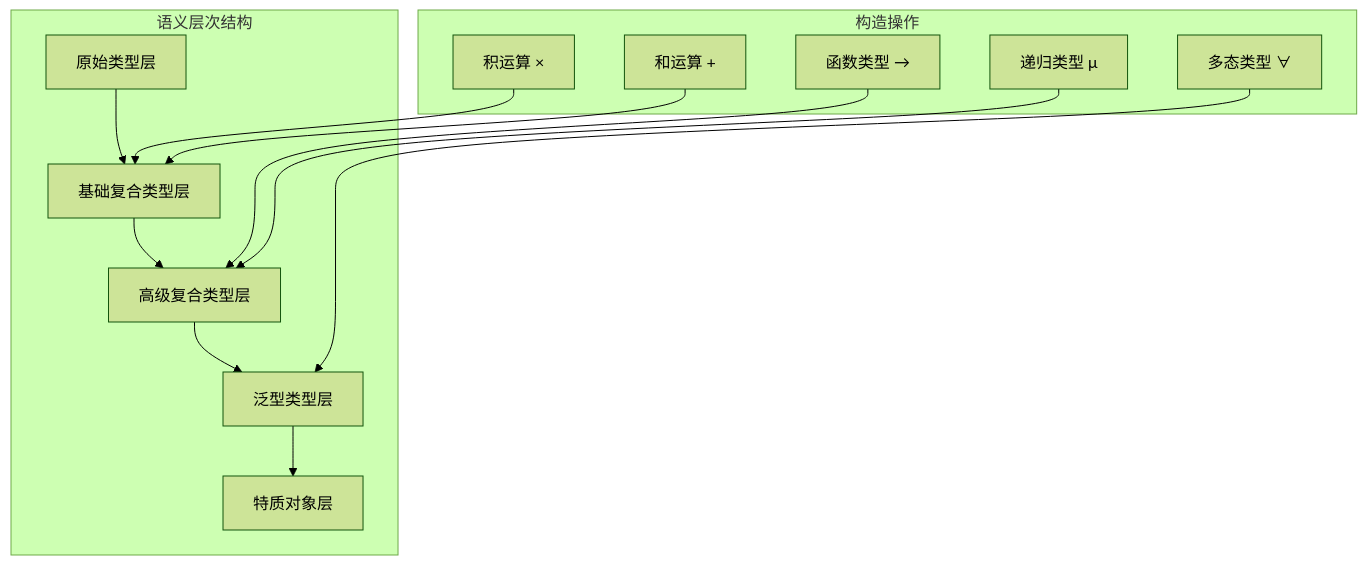
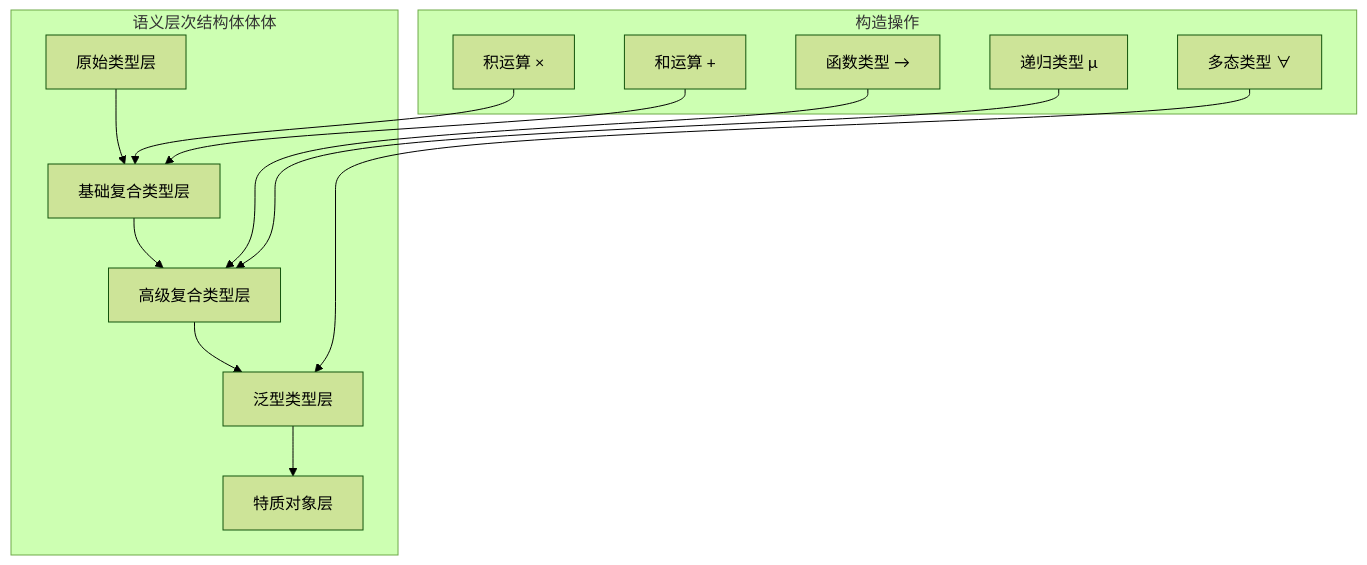
The first of 4 diagrams in formal_rust/refactor/01_core_theory/01_foundation_semantics/01_type_system_semantics/02_composite_types_semantics.md (martin-ly/rust-lang), drawn with Mermaid (forest theme) before and after one commit. The commit also changed other lines of this file and 5740 other files, not shown here.

````diff
--- a/formal_rust/refactor/01_core_theory/01_foundation_semantics/01_type_system_semantics/02_composite_types_semantics.md
+++ b/formal_rust/refactor/01_core_theory/01_foundation_semantics/01_type_system_semantics/02_composite_types_semantics.md
@@ -75,29 +75,29 @@
 ```mermaid
 graph TB
-    subgraph "语义层次结构"
+    subgraph "语义层次结构体体体"
         L1[原始类型层]
         L2[基础复合类型层]
         L3[高级复合类型层]
         L4[泛型类型层]
         L5[特质对象层]
     end
     
     subgraph "构造操作"
         PROD[积运算 ×]
         SUM[和运算 +]
         FUNC[函数类型 →]
         REC[递归类型 μ]
         POLY[多态类型 ∀]
     end
     
     L1 --> L2
     L2 --> L3
     L3 --> L4
     L4 --> L5
     
     PROD --> L2
     SUM --> L2
     FUNC --> L3
     REC --> L3
     POLY --> L4
 ```
````
